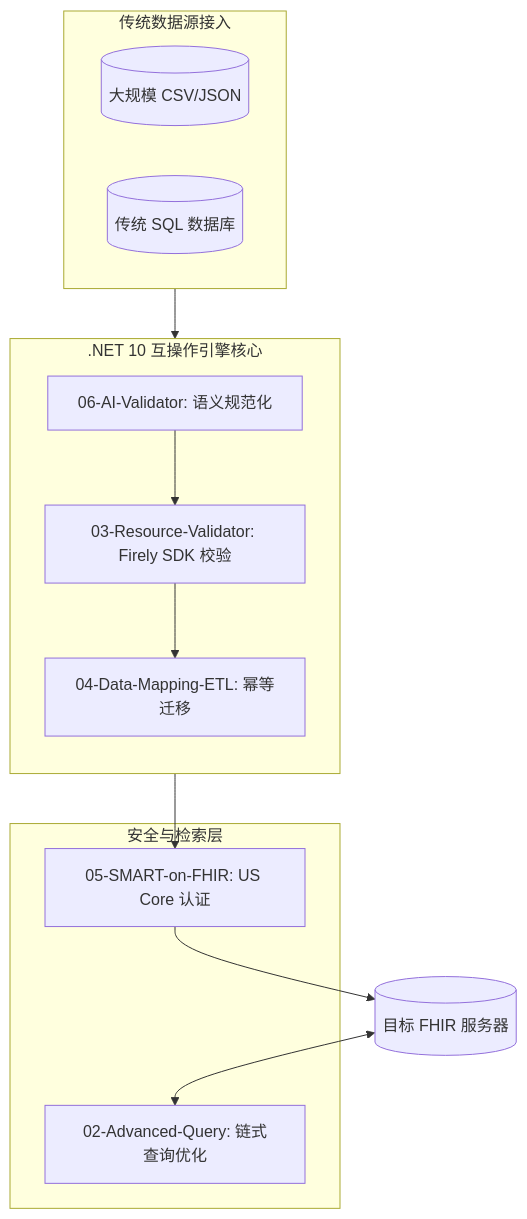
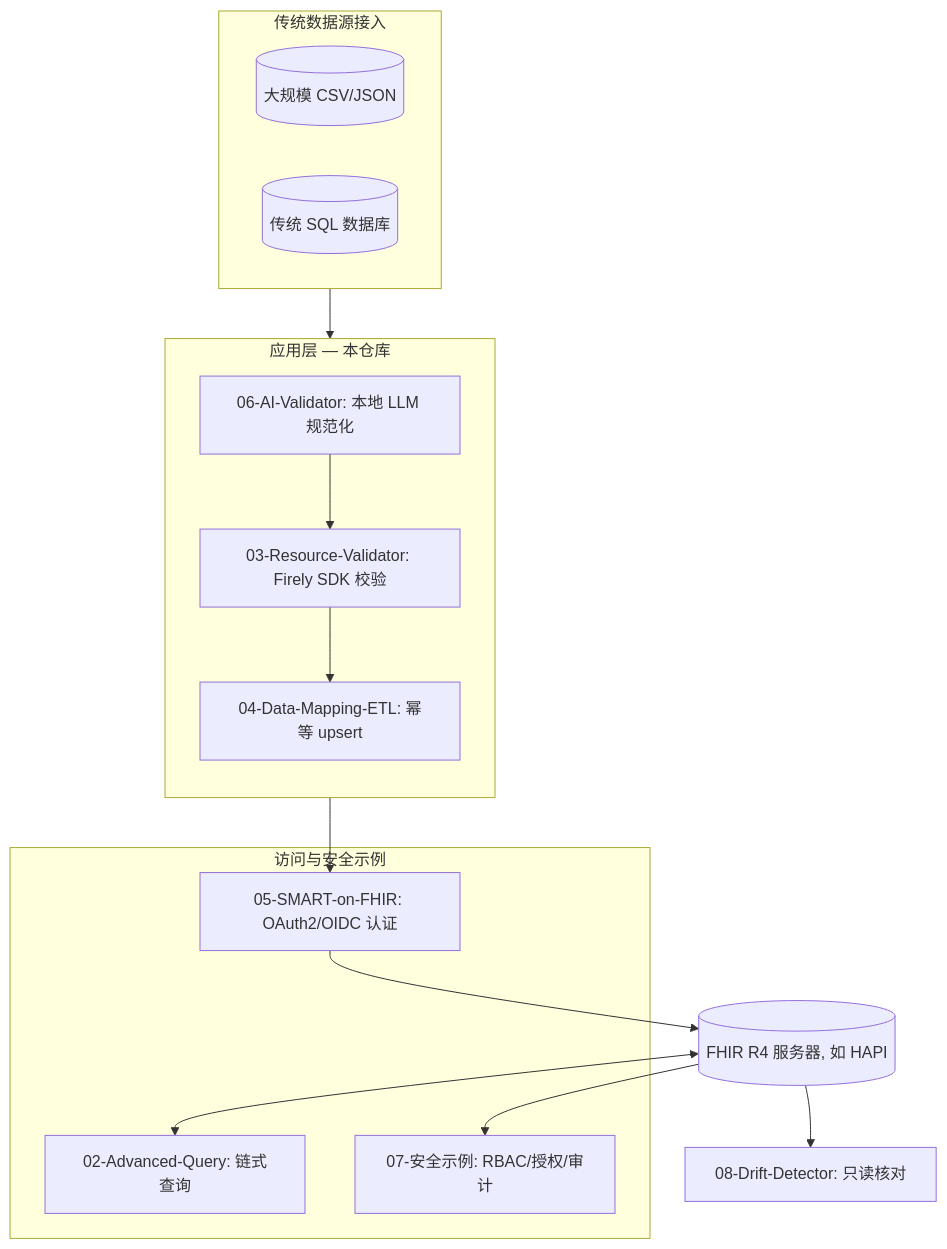
Before and after one commit to memoryfraction/HealthData-Interoperability-Csharp: the diagram in docs/README-CN.md, drawn with Mermaid. The commit also changed other lines of this file and 18 other files, not shown here.

````diff
--- a/docs/README-CN.md
+++ b/docs/README-CN.md
@@ -21,27 +27,30 @@
 ```mermaid
 graph TD
     subgraph Data_Sources [传统数据源接入]
         DS1[(大规模 CSV/JSON)]
         DS2[(传统 SQL 数据库)]
     end
 
-    subgraph Core_Engine [.NET 10 互操作引擎核心]
+    subgraph This_Repo [应用层 — 本仓库]
         direction TB
-        M06[06-AI-Validator: 语义规范化]
+        M06[06-AI-Validator: 本地 LLM 规范化]
         M03[03-Resource-Validator: Firely SDK 校验]
-        M04[04-Data-Mapping-ETL: 幂等迁移]
-        
+        M04[04-Data-Mapping-ETL: 幂等 upsert]
+
         M06 --> M03
         M03 --> M04
     end
 
-    subgraph Access_Layer [安全与检索层]
-        M05[05-SMART-on-FHIR: US Core 认证]
-        M02[02-Advanced-Query: 链式查询优化]
+    subgraph Access_Layer [访问与安全示例]
+        M05[05-SMART-on-FHIR: OAuth2/OIDC 认证]
+        M02[02-Advanced-Query: 链式查询]
+        M07[07-安全示例: RBAC/授权/审计]
     end
 
     Data_Sources --> M06
     M04 --> M05
-    M05 --> FHIR_Server[(目标 FHIR 服务器)]
+    M05 --> FHIR_Server[(FHIR R4 服务器, 如 HAPI)]
     FHIR_Server <--> M02
+    FHIR_Server --> M07
+    FHIR_Server --> M08[08-Drift-Detector: 只读核对]
 ```
````
